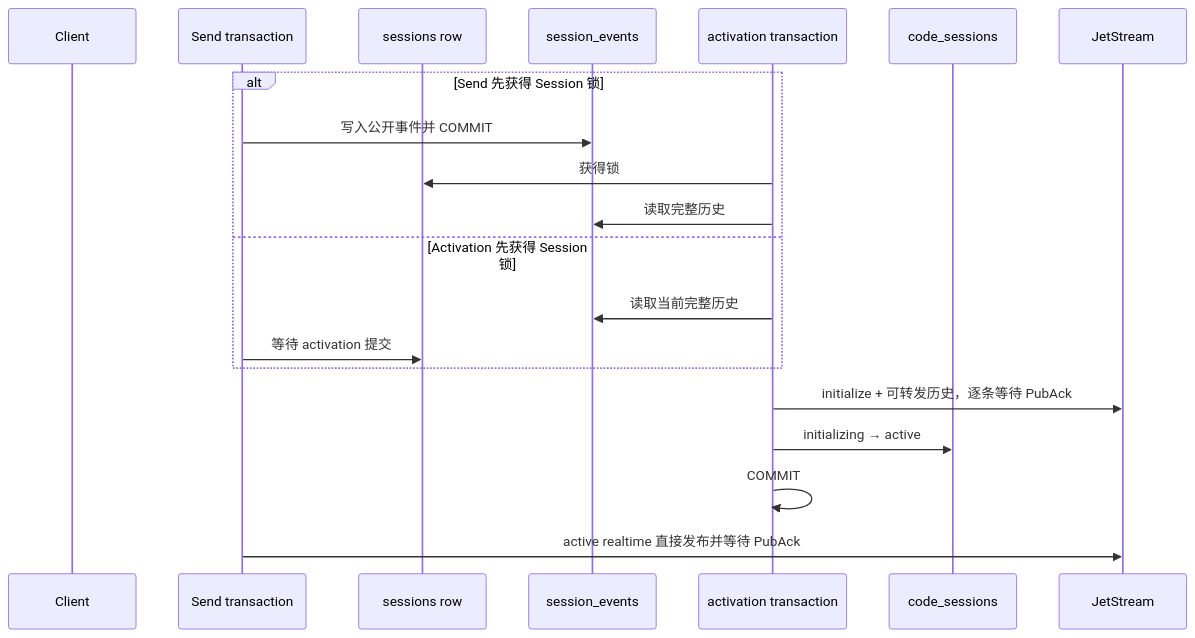
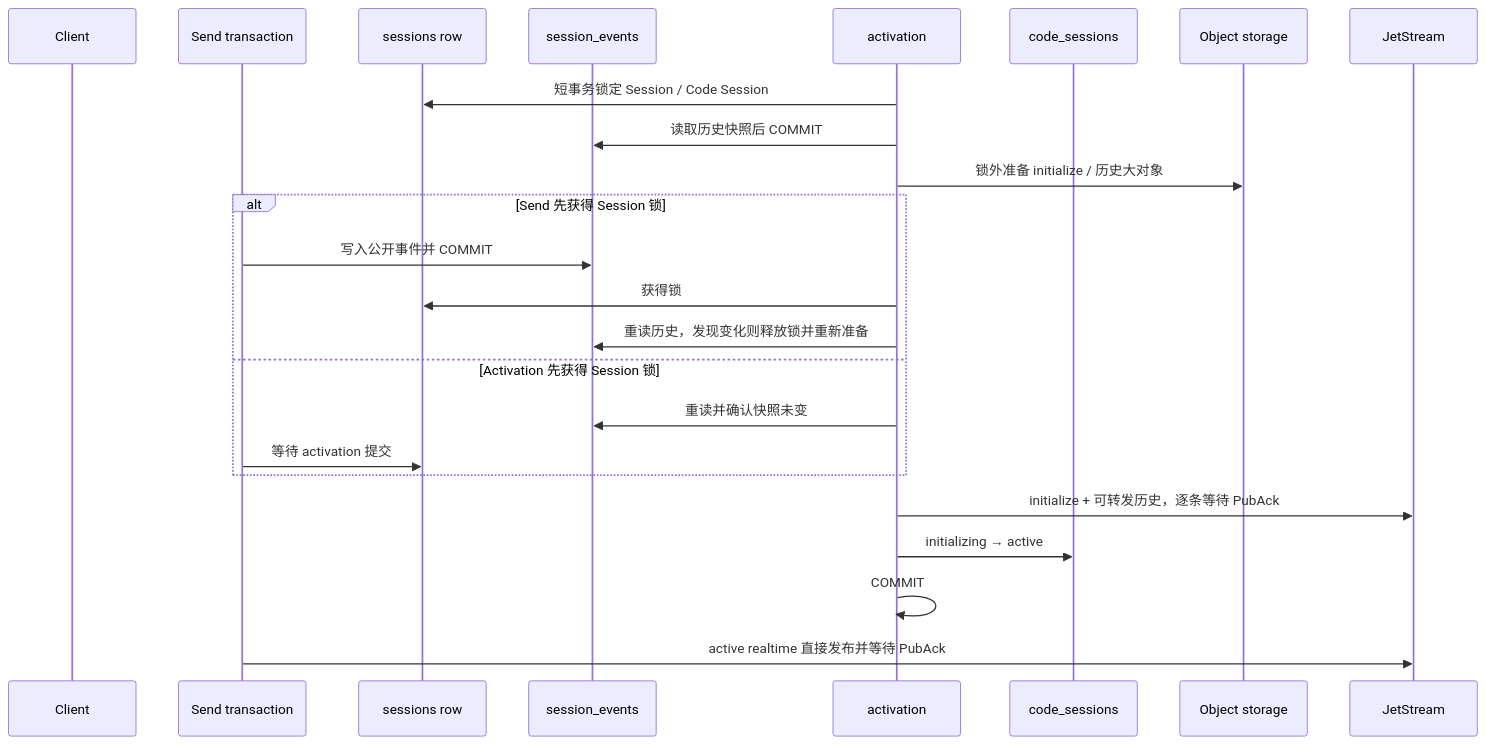
The diagram in docs/design/be/session-startup-message-delivery.md (superduck-ai/open-managed-agents), drawn with Mermaid before and after one commit. The commit also changed other lines of this file and 23 other files, not shown here.

````diff
--- a/docs/design/be/session-startup-message-delivery.md
+++ b/docs/design/be/session-startup-message-delivery.md
@@ -11,23 +11,27 @@
 ```mermaid
 sequenceDiagram
     participant Client
     participant Send as Send transaction
     participant Session as sessions row
     participant History as session_events
-    participant Activation as activation transaction
+    participant Activation as activation
     participant CS as code_sessions
+    participant S3 as Object storage
     participant JS as JetStream
 
+    Activation->>Session: 短事务锁定 Session / Code Session
+    Activation->>History: 读取历史快照后 COMMIT
+    Activation->>S3: 锁外准备 initialize / 历史大对象
     alt Send 先获得 Session 锁
         Send->>History: 写入公开事件并 COMMIT
         Activation->>Session: 获得锁
-        Activation->>History: 读取完整历史
+        Activation->>History: 重读历史，发现变化则释放锁并重新准备
     else Activation 先获得 Session 锁
-        Activation->>History: 读取当前完整历史
+        Activation->>History: 重读并确认快照未变
         Send->>Session: 等待 activation 提交
     end
     Activation->>JS: initialize + 可转发历史，逐条等待 PubAck
     Activation->>CS: initializing → active
     Activation->>Activation: COMMIT
     Send->>JS: active realtime 直接发布并等待 PubAck
 ```
````
